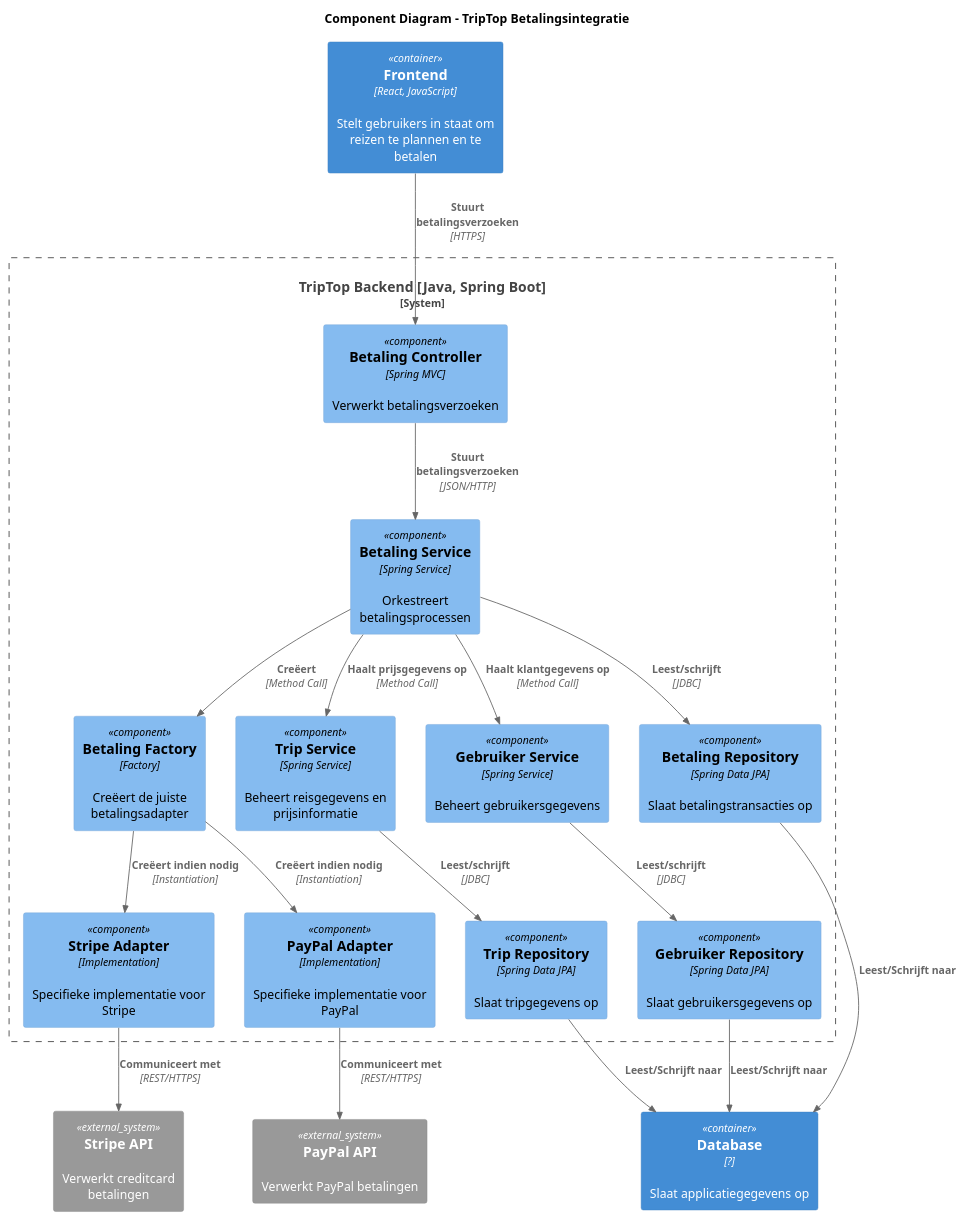
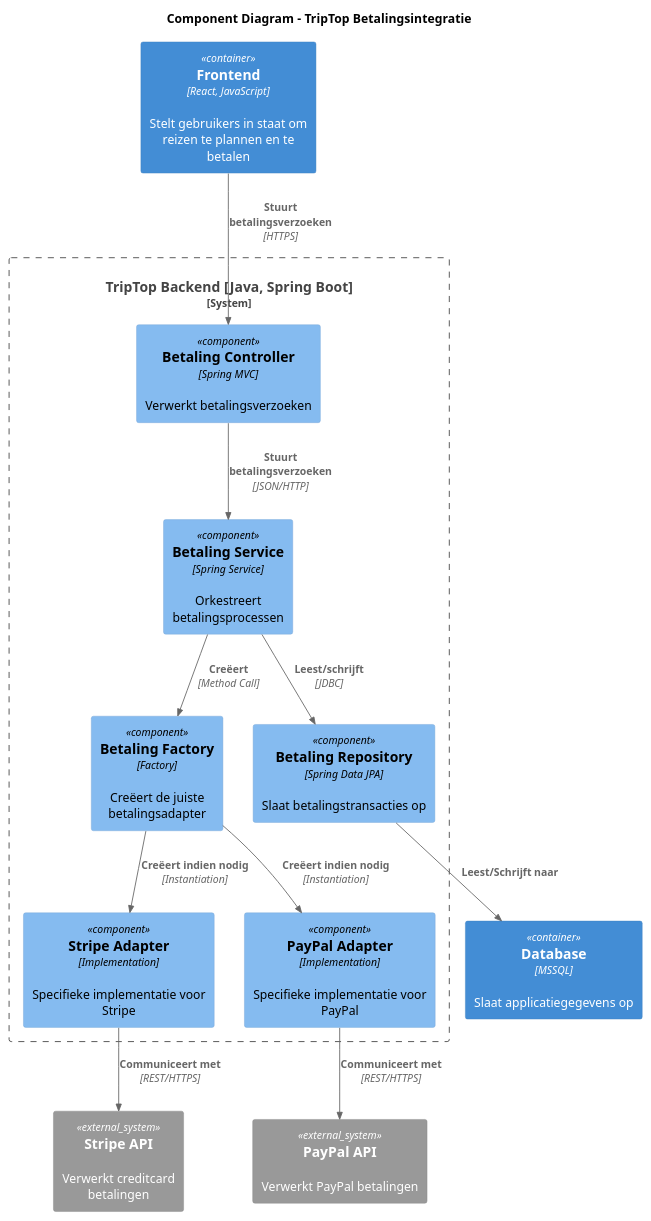
The diagram in software-guidebook/component-code/simme/component-diagram.puml (AIM-ENE-feb25/triptop-asas), drawn with PlantUML before and after one commit.

Commit message:
update diagram

```diff
--- a/software-guidebook/component-code/simme/component-diagram.puml
+++ b/software-guidebook/component-code/simme/component-diagram.puml
@@ -1,51 +1,40 @@
 @startuml
 !include https://raw.githubusercontent.com/plantuml-stdlib/C4-PlantUML/master/C4_Component.puml
 title Component Diagram – TripTop Betalingsintegratie
 
 Container(frontend, "Frontend", "React, JavaScript", "Stelt gebruikers in staat om reizen te plannen en te betalen")
 
 System_Boundary(backendSystem, "TripTop Backend [Java, Spring Boot]") {
     Component(paymentController, "Betaling Controller", "Spring MVC", "Verwerkt betalingsverzoeken")
     
     Component(paymentService, "Betaling Service", "Spring Service", "Orkestreert betalingsprocessen")
-    Component(tripService, "Trip Service", "Spring Service", "Beheert reisgegevens en prijsinformatie")
-    Component(userService, "Gebruiker Service", "Spring Service", "Beheert gebruikersgegevens")
     
     Component(stripeAdapter, "Stripe Adapter", "Implementation", "Specifieke implementatie voor Stripe")
     Component(paypalAdapter, "PayPal Adapter", "Implementation", "Specifieke implementatie voor PayPal")
     
     Component(paymentFactory, "Betaling Factory", "Factory", "Creëert de juiste betalingsadapter")
     
-    Component(tripRepository, "Trip Repository", "Spring Data JPA", "Slaat tripgegevens op")
-    Component(userRepository, "Gebruiker Repository", "Spring Data JPA", "Slaat gebruikersgegevens op")
     Component(betalingRepository, "Betaling Repository", "Spring Data JPA", "Slaat betalingstransacties op")
     
     Rel(paymentController, paymentService, "Stuurt betalingsverzoeken", "JSON/HTTP")
     
     Rel(paymentService, paymentFactory, "Creëert", "Method Call")
     Rel(paymentFactory, stripeAdapter, "Creëert indien nodig", "Instantiation")
     Rel(paymentFactory, paypalAdapter, "Creëert indien nodig", "Instantiation")
     
-    Rel(paymentService, tripService, "Haalt prijsgegevens op", "Method Call")
-    Rel(paymentService, userService, "Haalt klantgegevens op", "Method Call")
-    
-    Rel(tripService, tripRepository, "Leest/schrijft", "JDBC")
-    Rel(userService, userRepository, "Leest/schrijft", "JDBC")
     Rel(paymentService, betalingRepository, "Leest/schrijft", "JDBC")
 }
 
 System_Ext(stripe_api, "Stripe API", "Verwerkt creditcard betalingen")
 System_Ext(paypal_api, "PayPal API", "Verwerkt PayPal betalingen")
 
 Rel(stripeAdapter, stripe_api, "Communiceert met", "REST/HTTPS")
 Rel(paypalAdapter, paypal_api, "Communiceert met", "REST/HTTPS")
 
 Rel(frontend, paymentController, "Stuurt betalingsverzoeken", "HTTPS")
 
-Container(database, "Database", "?", "Slaat applicatiegegevens op")
+Container(database, "Database", "MSSQL", "Slaat applicatiegegevens op")
 
-Rel(tripRepository, database, "Leest/Schrijft naar", "")
-Rel(userRepository, database, "Leest/Schrijft naar", "")
 Rel(betalingRepository, database, "Leest/Schrijft naar", "")
 
 @enduml
```
